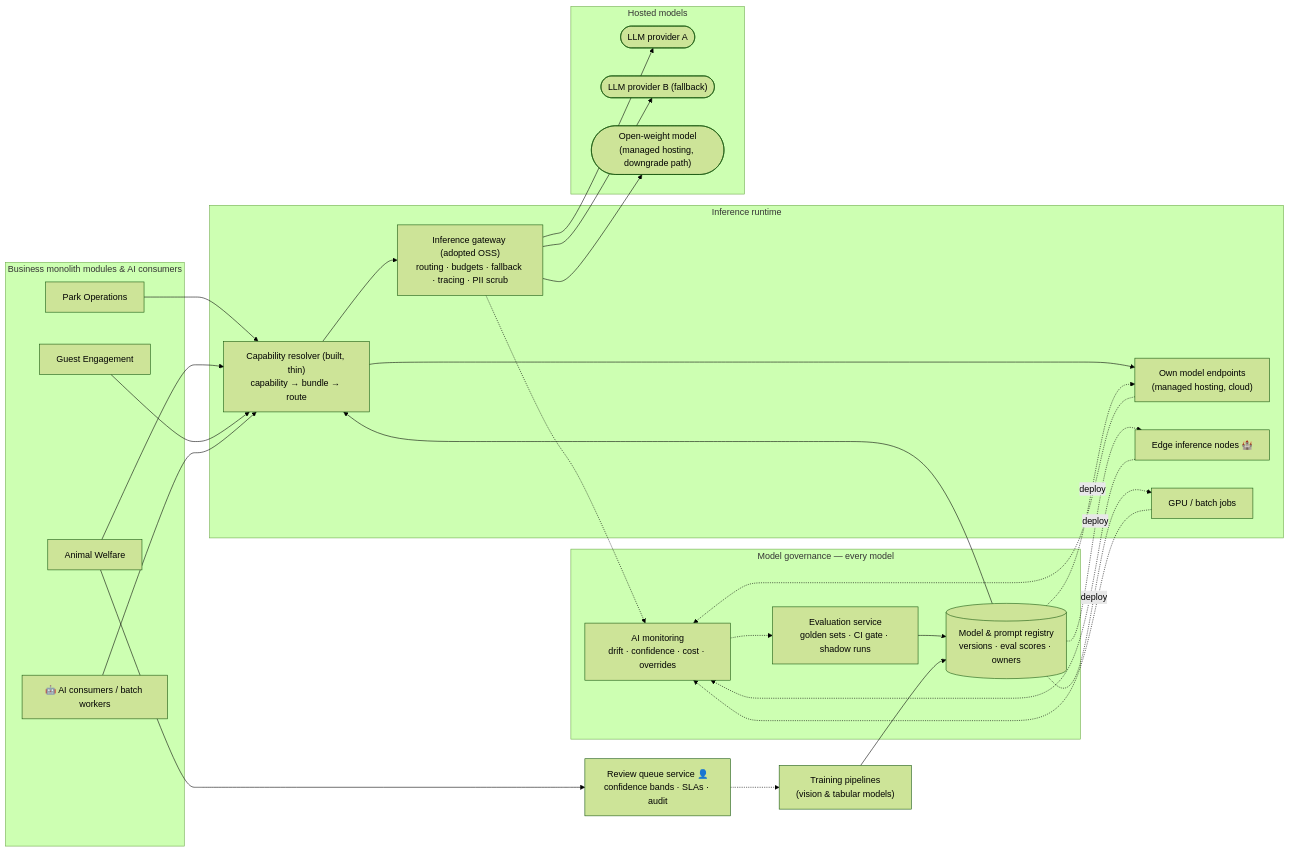
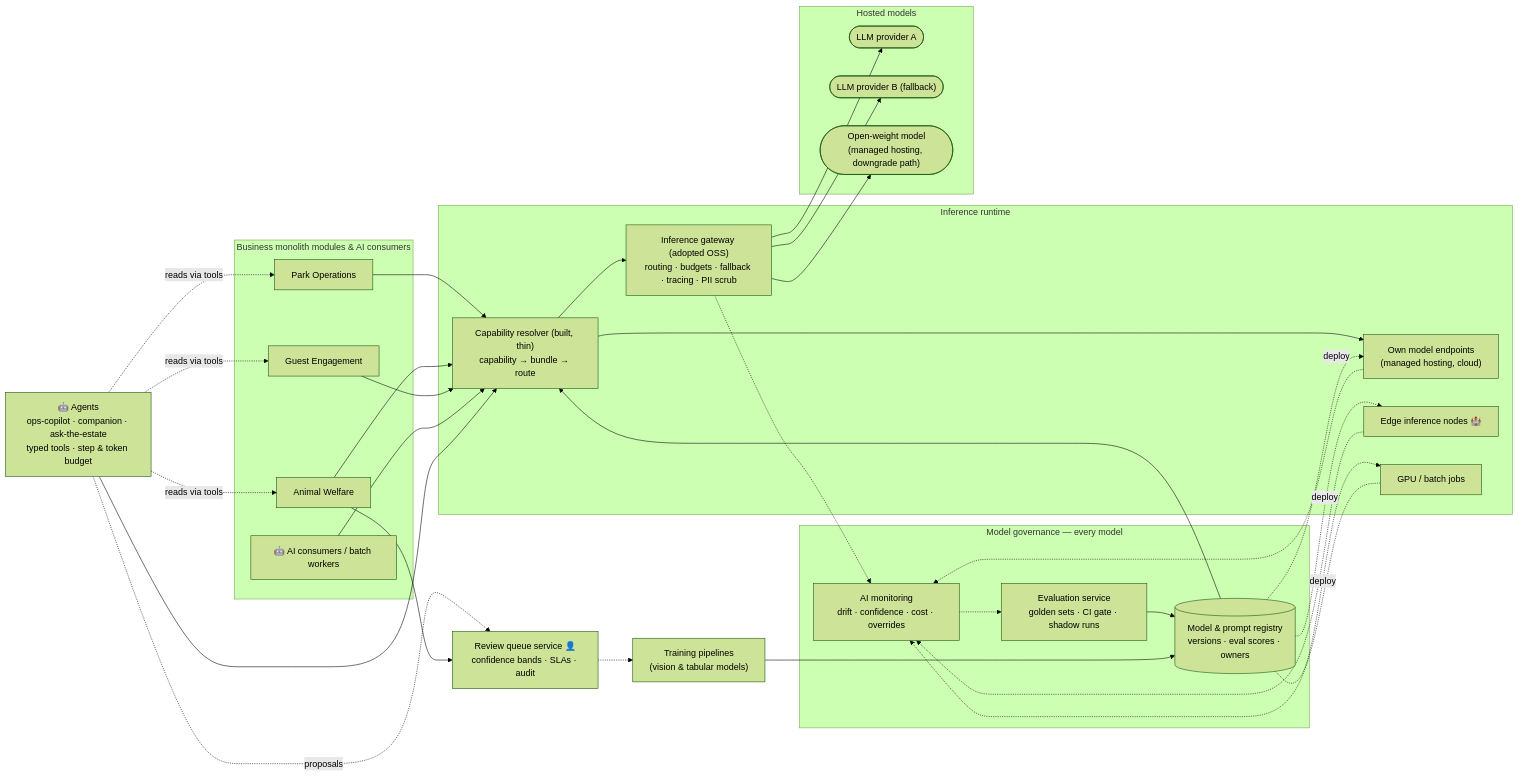
Before and after one commit to kr0k/katas: the diagram in hld/ai-platform/README.md, drawn with Mermaid (forest theme). The commit also changed other lines of this file and 17 other files, not shown here.

````diff
--- a/hld/ai-platform/README.md
+++ b/hld/ai-platform/README.md
@@ -9,51 +11,55 @@
 ```mermaid
 flowchart LR
     subgraph Services["Business monolith modules & AI consumers"]
         Ops["Park Operations"]
         Welfare["Animal Welfare"]
         Guest["Guest Engagement"]
         Cons["🤖 AI consumers / batch workers"]
     end
 
     subgraph Gov["Model governance — every model"]
         Reg[("Model & prompt registry<br/>versions · eval scores · owners")]
         Eval["Evaluation service<br/>golden sets · CI gate · shadow runs"]
         Mon["AI monitoring<br/>drift · confidence · cost · overrides"]
     end
 
     subgraph Runtime["Inference runtime"]
         Res["Capability resolver (built, thin)<br/>capability → bundle → route"]
         GW["Inference gateway (adopted OSS)<br/>routing · budgets · fallback · tracing · PII scrub"]
         Own["Own model endpoints<br/>(managed hosting, cloud)"]
         Edge["Edge inference nodes 🏰"]
         Batch["GPU / batch jobs"]
     end
 
     subgraph Providers["Hosted models"]
         P1(["LLM provider A"])
         P2(["LLM provider B (fallback)"])
         OW(["Open-weight model<br/>(managed hosting, downgrade path)"])
     end
 
     HITL["Review queue service 👤<br/>confidence bands · SLAs · audit"]
     Train["Training pipelines<br/>(vision & tabular models)"]
+    Agents["🤖 Agents<br/>ops-copilot · companion · ask-the-estate<br/>typed tools · step & token budget"]
 
     Ops & Welfare & Guest --> Res
     Cons --> Res
+    Agents --> Res
+    Agents -. "reads via tools" .-> Ops & Welfare & Guest
+    Agents -. "proposals" .-> HITL
     Res --> GW
     GW --> P1 & P2 & OW
     Res --> Own
     Reg --> Res
     Reg -. "deploy" .-> Edge
     Reg -. "deploy" .-> Own
     Reg -. "deploy" .-> Batch
     GW -.-> Mon
     Own -.-> Mon
     Edge -.-> Mon
     Batch -.-> Mon
     Eval --> Reg
     Train --> Reg
     Mon -.-> Eval
     Welfare --> HITL
     HITL -.-> Train
 ```
````
